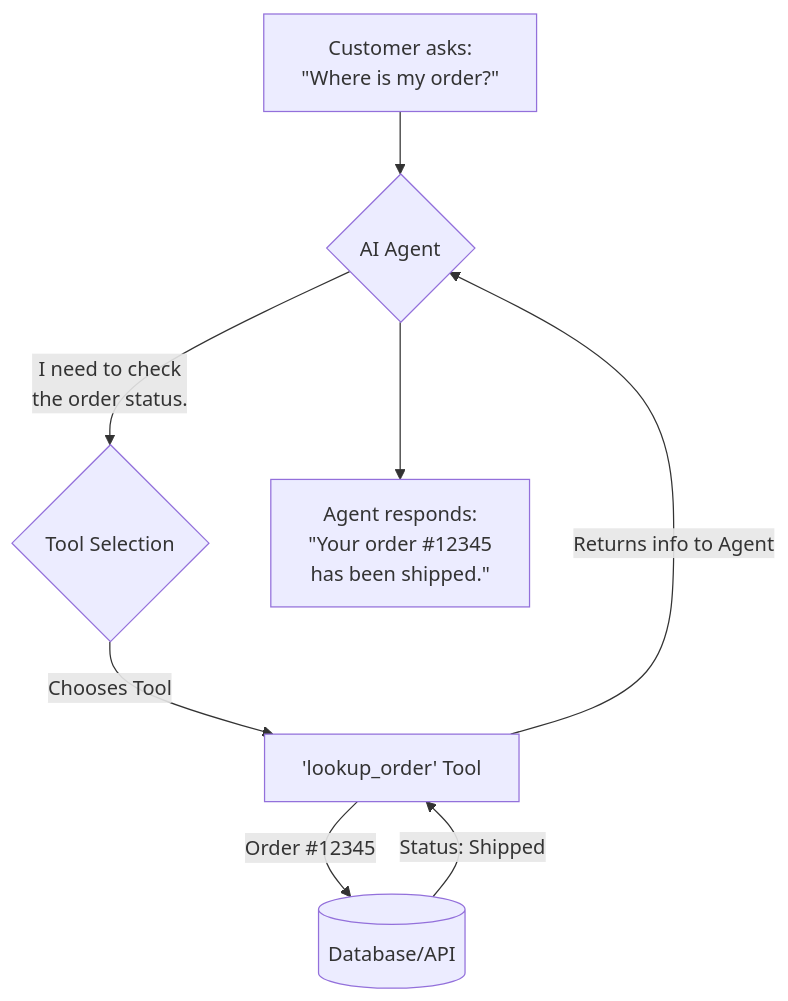
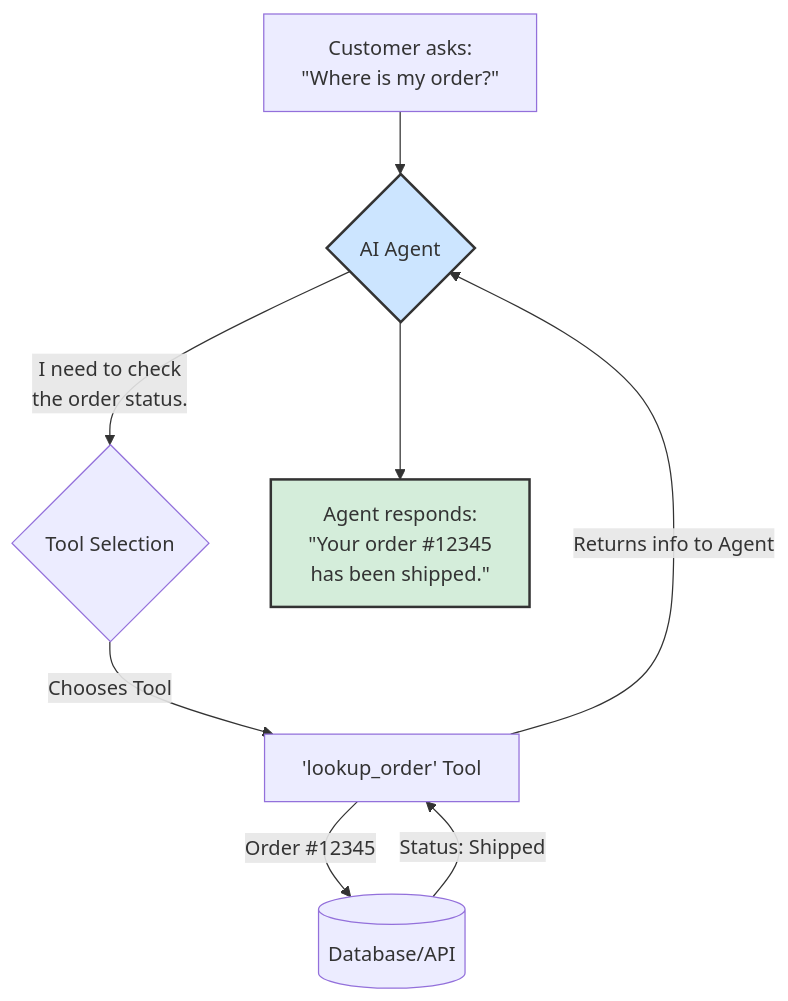
The third of 5 diagrams in README.md (89jobrien/examples), drawn with Mermaid before and after one commit. The commit also changed other lines of this file, not shown here.

````diff
--- a/README.md
+++ b/README.md
@@ -99,10 +57,13 @@
 ```mermaid
 graph TD
     A["Customer asks: <br>&quot;Where is my order?&quot;"] --> B{AI Agent};
     B -- "I need to check<br>the order status." --> C{Tool Selection};
     C -- Chooses Tool --> D['lookup_order' Tool];
     D -- "Order #12345" --> E[(Database/API)];
     E -- "Status: Shipped" --> D;
     D -- Returns info to Agent --> B;
     B --> F["Agent responds:<br>&quot;Your order #12345<br>has been shipped.&quot;"];
+
+    style B fill:#cce5ff,stroke:#333,stroke-width:2px
+    style F fill:#d4edda,stroke:#333,stroke-width:2px
 ```
````
